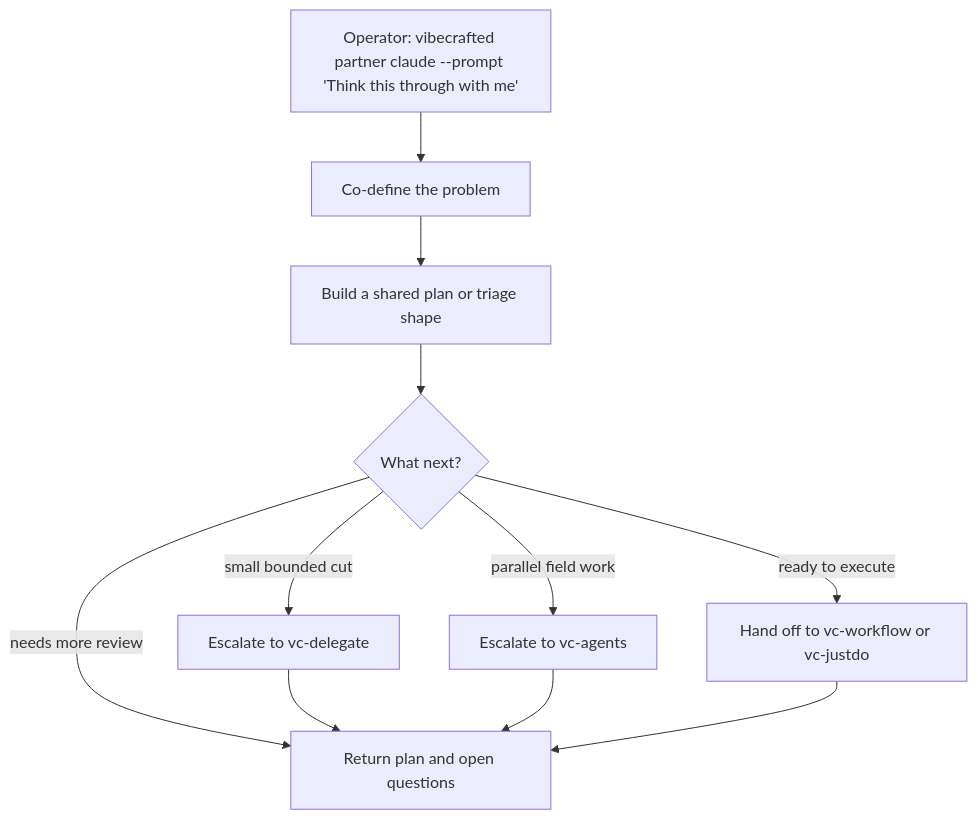
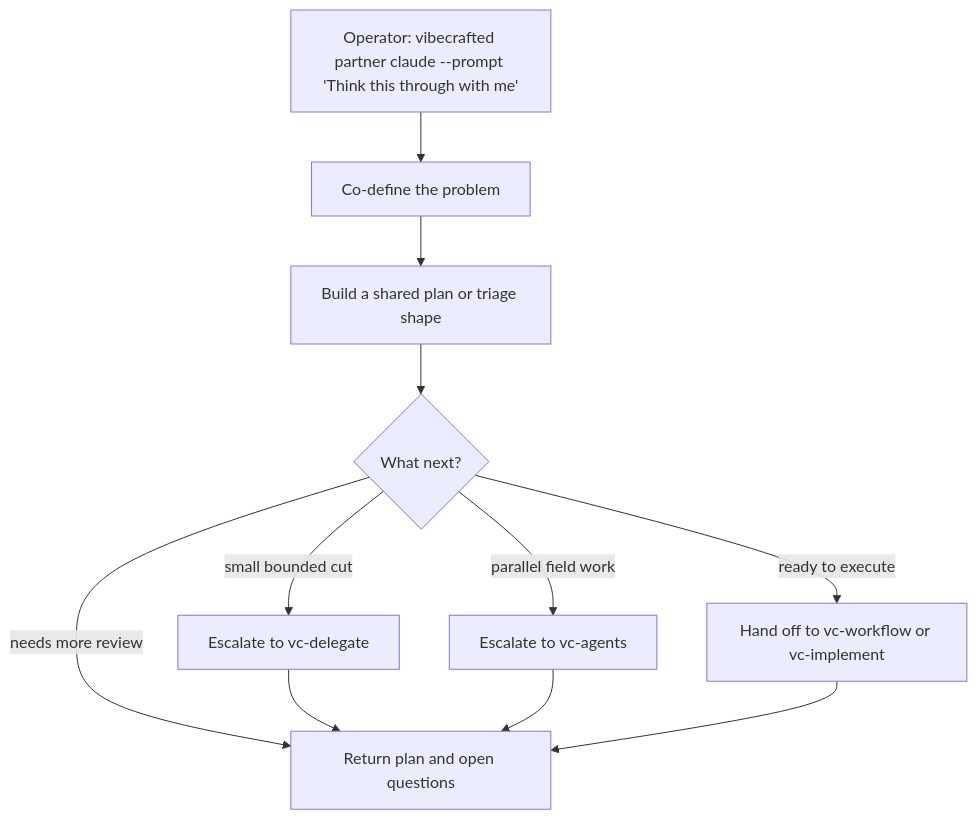
One commit to VetCoders/vibecrafted changed the diagram in skills/vc-partner/FLOW.md. Above: the diagram before and after it, drawn with Mermaid. The commit also changed other lines of this file and 27 other files, not shown here.

````diff
--- a/skills/vc-partner/FLOW.md
+++ b/skills/vc-partner/FLOW.md
@@ -5,13 +5,13 @@
 ```mermaid
 flowchart TD
     A[Operator: vibecrafted partner claude --prompt 'Think this through with me'] --> B[Co-define the problem]
     B --> C[Build a shared plan or triage shape]
     C --> D{What next?}
     D -->|small bounded cut| E[Escalate to vc-delegate]
     D -->|parallel field work| F[Escalate to vc-agents]
-    D -->|ready to execute| G[Hand off to vc-workflow or vc-justdo]
+    D -->|ready to execute| G[Hand off to vc-workflow or vc-implement]
     D -->|needs more review| H[Return plan and open questions]
     E --> H
     F --> H
     G --> H
 ```
````
